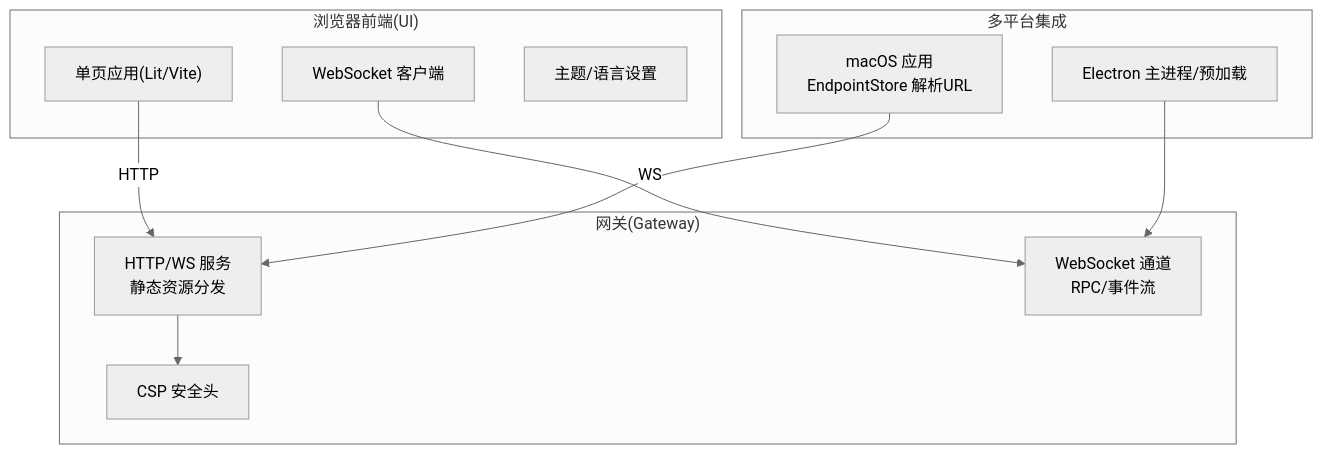
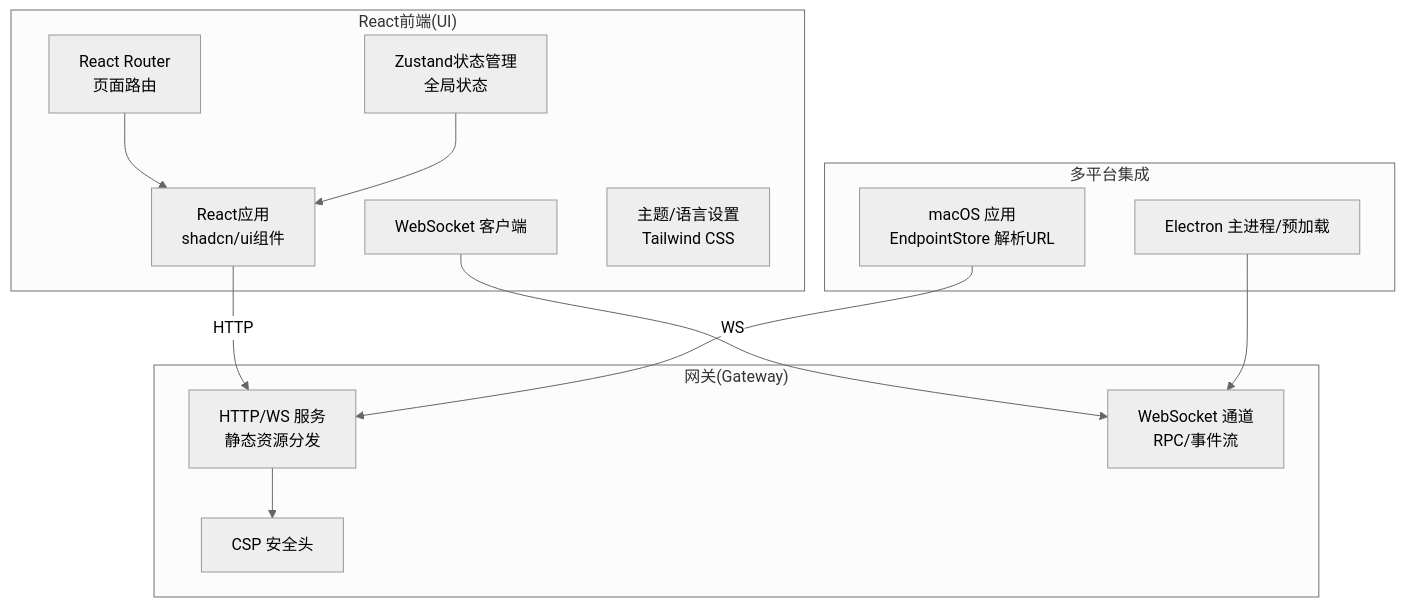
One commit to verse-ai-org/openclaw changed the first of 14 diagrams in .qoder/repowiki/zh/content/Web界面/控制面板.md. Above: the diagram before and after it, drawn with Mermaid (neutral theme). The commit also changed other lines of this file and 46 other files, not shown here.

````diff
--- a/.qoder/repowiki/zh/content/Web界面/控制面板.md
+++ b/.qoder/repowiki/zh/content/Web界面/控制面板.md
@@ -50,22 +78,26 @@
 ```mermaid
 graph TB
 subgraph "网关(Gateway)"
 GW_HTTP["HTTP/WS 服务<br/>静态资源分发"]
 GW_WS["WebSocket 通道<br/>RPC/事件流"]
 GW_CSP["CSP 安全头"]
 end
-subgraph "浏览器前端(UI)"
-UI_SPA["单页应用(Lit/Vite)"]
+subgraph "React前端(UI)"
+UI_REACT["React应用<br/>shadcn/ui组件"]
+UI_ROUTER["React Router<br/>页面路由"]
+UI_STORE["Zustand状态管理<br/>全局状态"]
 UI_WS["WebSocket 客户端"]
-UI_THEME["主题/语言设置"]
+UI_THEME["主题/语言设置<br/>Tailwind CSS"]
 end
 subgraph "多平台集成"
 MAC["macOS 应用<br/>EndpointStore 解析URL"]
 ELEC["Electron 主进程/预加载"]
 end
-UI_SPA --> |HTTP| GW_HTTP
+UI_REACT --> |HTTP| GW_HTTP
+UI_ROUTER --> UI_REACT
+UI_STORE --> UI_REACT
 UI_WS --> |WS| GW_WS
 GW_HTTP --> GW_CSP
 MAC --> GW_HTTP
 ELEC --> GW_WS
 ```
````
